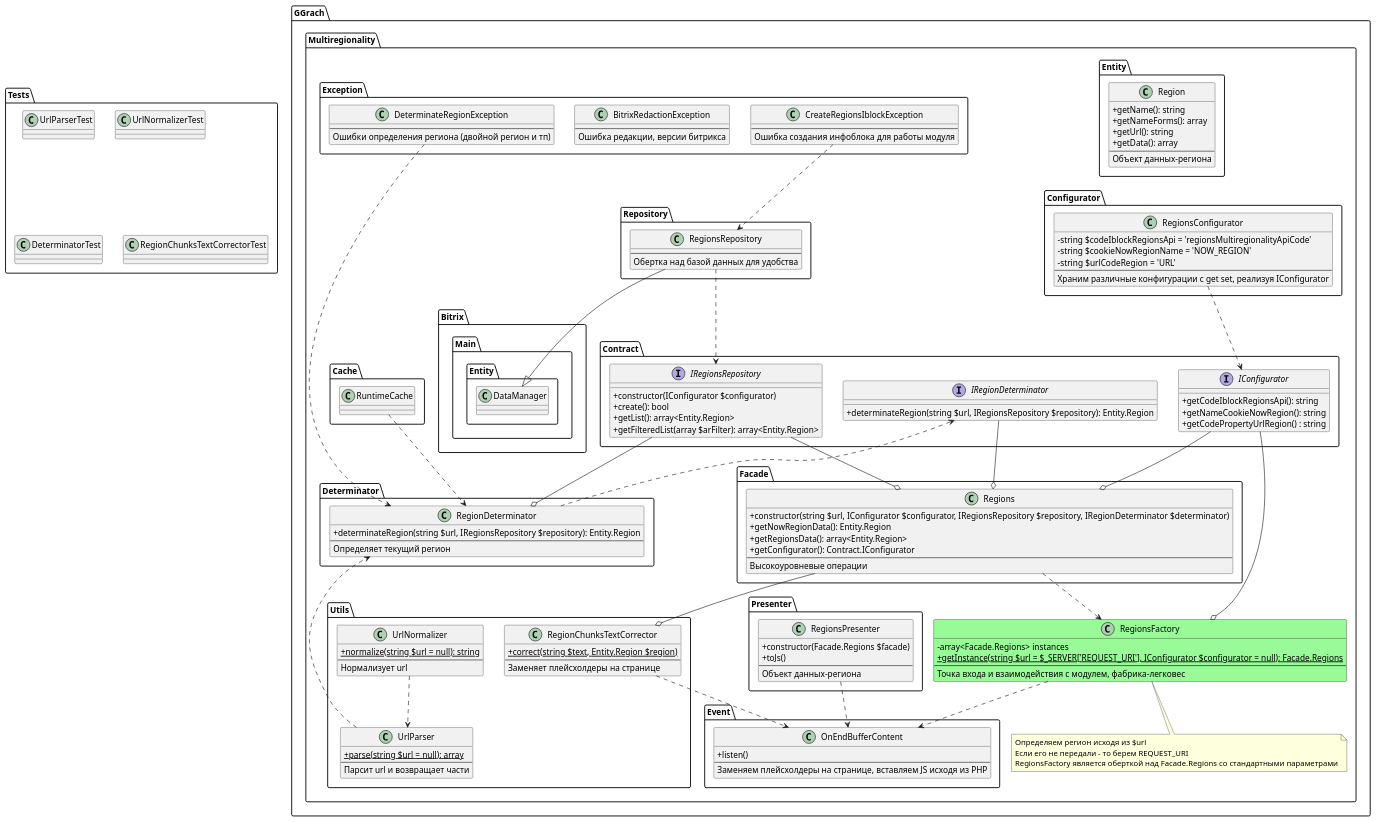
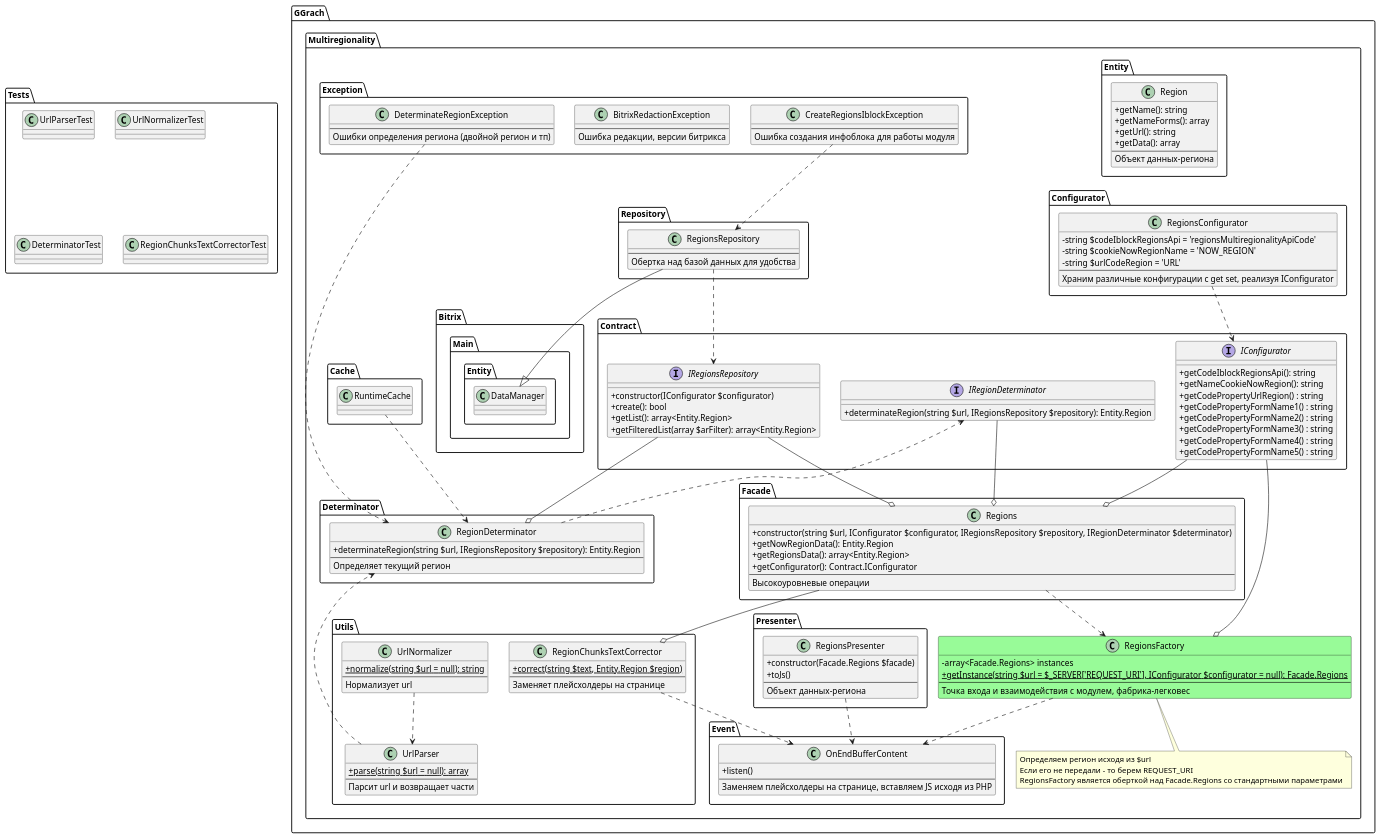
Before and after one commit to ggrachdev/bitrix_module_multiregionality: the diagram in ggrachdev.multiregionality/classes/general/Multiregionality/structure.puml, drawn with PlantUML. The commit also changed 3 other files, not shown here.

Commit message:
Add form name methods in configurator and create() repository

```diff
--- a/ggrachdev.multiregionality/classes/general/Multiregionality/structure.puml
+++ b/ggrachdev.multiregionality/classes/general/Multiregionality/structure.puml
@@ -1,189 +1,194 @@
 @startuml
 
 skinparam classAttributeIconSize 0
 
 package Tests {
     class UrlParserTest {
     }
 
     class UrlNormalizerTest {
     }
 
     class DeterminatorTest {
     }
 
     class RegionChunksTextCorrectorTest {
     }
 }
 
 package GGrach.Multiregionality {
 
     class RegionsFactory #palegreen ##black {
         - array<Facade.Regions> instances
         + {static} getInstance(string $url = $_SERVER['REQUEST_URI'], IConfigurator $configurator = null): Facade.Regions
         ---
         Точка входа и взаимодействия с модулем, фабрика-легковес
     }
 
     note bottom of RegionsFactory
         Определяем регион исходя из $url
         Если его не передали - то берем REQUEST_URI
         RegionsFactory является оберткой над Facade.Regions со стандартными параметрами
     end note
 
     namespace Entity {
         class Region {
             + getName(): string
             + getNameForms(): array
             + getUrl(): string
             + getData(): array
             ---
             Объект данных-региона
         }
     }
 
     namespace Presenter {
         class RegionsPresenter {
             + constructor(Facade.Regions $facade)
             + toJs()
             ---
             Объект данных-региона
         }
     }
 
     namespace Exception {
         class CreateRegionsIblockException {
             ---
             Ошибка создания инфоблока для работы модуля
         }
 
         class BitrixRedactionException {
             ---
             Ошибка редакции, версии битрикса
         }
 
         class DeterminateRegionException {
             ---
             Ошибки определения региона (двойной регион и тп)
         }
     }
 
     namespace Cache {
         class RuntimeCache {
         }
     }
 
     namespace Contract {
         interface IRegionDeterminator {
             + determinateRegion(string $url, IRegionsRepository $repository): Entity.Region
         }
         interface IRegionsRepository {
             +constructor(IConfigurator $configurator)
             +create(): bool
             +getList(): array<Entity.Region>
             +getFilteredList(array $arFilter): array<Entity.Region>
         }
         interface IConfigurator {
             + getCodeIblockRegionsApi(): string
             + getNameCookieNowRegion(): string
             + getCodePropertyUrlRegion() : string
+            + getCodePropertyFormName1() : string
+            + getCodePropertyFormName2() : string
+            + getCodePropertyFormName3() : string
+            + getCodePropertyFormName4() : string
+            + getCodePropertyFormName5() : string
         }
     }
 
     namespace Configurator {
         class RegionsConfigurator {
             - string $codeIblockRegionsApi = 'regionsMultiregionalityApiCode'
             - string $cookieNowRegionName = 'NOW_REGION'
             - string $urlCodeRegion = 'URL'
             ---
             Храним различные конфигурации с get set, реализуя IConfigurator
         }
     }
 
     namespace Event {
         class OnEndBufferContent {
             +listen()
             ---
             Заменяем плейсхолдеры на странице, вставляем JS исходя из PHP
         }
     }
 
     namespace Repository {
         class RegionsRepository {
             ---
             Обертка над базой данных для удобства
         }
     }
 
     namespace Utils {
         class UrlParser {
             + {static} parse(string $url = null): array
             ---
             Парсит url и возвращает части
         }
 
         class UrlNormalizer {
             + {static} normalize(string $url = null): string
             ---
             Нормализует url
         }
 
         class RegionChunksTextCorrector {
             + {static} correct(string $text, Entity.Region $region)
             ---
             Заменяет плейсхолдеры на странице
         }
     }
 
     namespace Determinator {
         class RegionDeterminator {
             + determinateRegion(string $url, IRegionsRepository $repository): Entity.Region
             ---
             Определяет текущий регион
         }
     }
 
     namespace Facade {
         class Regions {
             + constructor(string $url, IConfigurator $configurator, IRegionsRepository $repository, IRegionDeterminator $determinator)
             + getNowRegionData(): Entity.Region
             + getRegionsData(): array<Entity.Region>
             + getConfigurator(): Contract.IConfigurator
             ---
             Высокоуровневые операции
         }
     }
 
     Exception.DeterminateRegionException ..>  Determinator.RegionDeterminator
     Exception.CreateRegionsIblockException ..>  Repository.RegionsRepository
 
     Utils.UrlNormalizer ..>  Utils.UrlParser
     Utils.UrlParser ..>  Determinator.RegionDeterminator
     Utils.RegionChunksTextCorrector ..>  Event.OnEndBufferContent
 
     Presenter.RegionsPresenter ..>  Event.OnEndBufferContent
 
     Configurator.RegionsConfigurator ..>  Contract.IConfigurator
 
     Determinator.RegionDeterminator ..>  Contract.IRegionDeterminator
     
     Cache.RuntimeCache ..>  Determinator.RegionDeterminator
 
     Facade.Regions --o Utils.RegionChunksTextCorrector
     Facade.Regions ..> RegionsFactory
 
     Contract.IConfigurator --o Facade.Regions
     Contract.IConfigurator --o  RegionsFactory
 
     Contract.IRegionsRepository --o Determinator.RegionDeterminator 
     Contract.IRegionsRepository --o  Facade.Regions
 
     Contract.IRegionDeterminator --o  Facade.Regions
 
     Repository.RegionsRepository --|> Bitrix.Main.Entity.DataManager
     Repository.RegionsRepository ..>  Contract.IRegionsRepository
 
     RegionsFactory ..>  Event.OnEndBufferContent
 }
 
 @enduml
```
